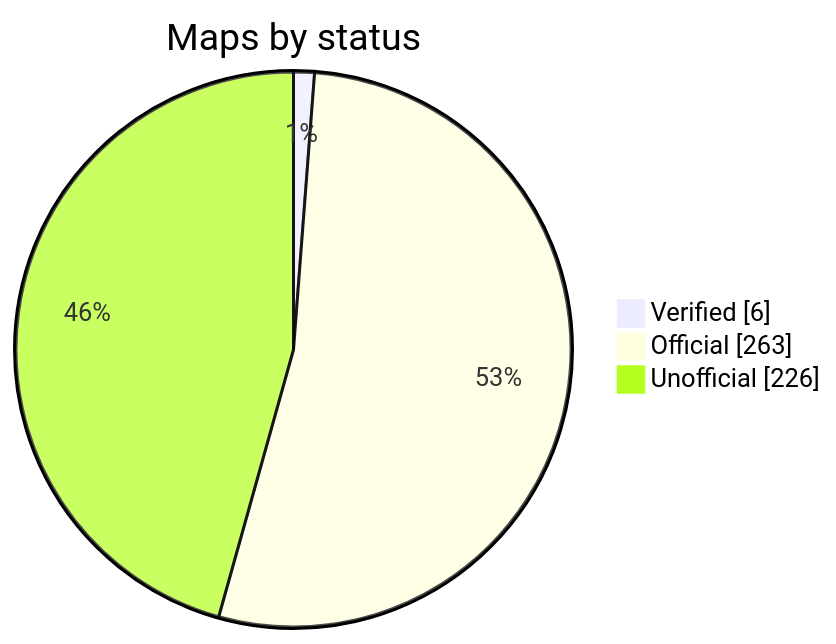
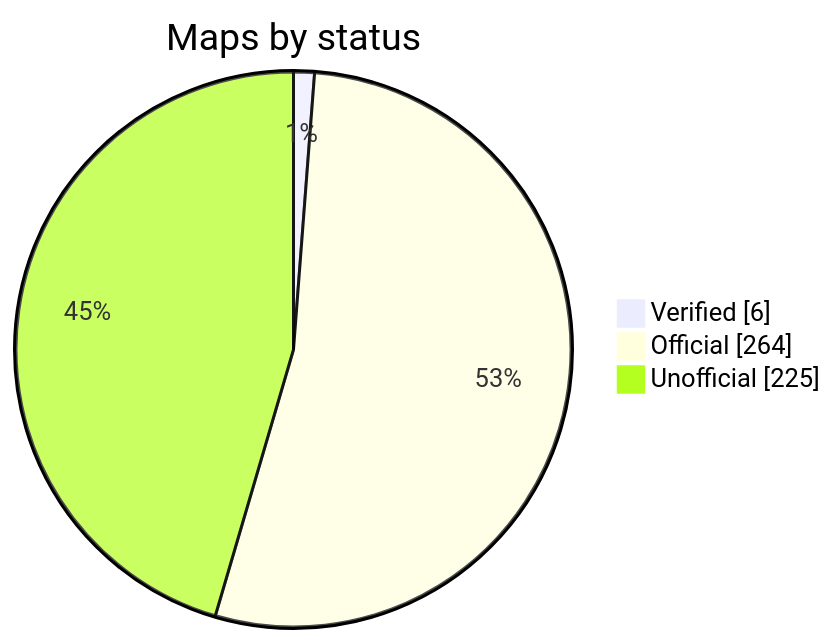
Before and after one commit to nobrega8/mbmap-library: the diagram in README.md, drawn with Mermaid. The commit also changed 2 other files, not shown here.

Commit message:
Rewrite the Schneider Electric ION6200 map from the register map (#75)

````diff
--- a/README.md
+++ b/README.md
@@ -48,7 +48,7 @@
 ```mermaid
 pie showData
     title Maps by status
     "Verified" : 6
-    "Official" : 263
-    "Unofficial" : 226
+    "Official" : 264
+    "Unofficial" : 225
 ```
````
